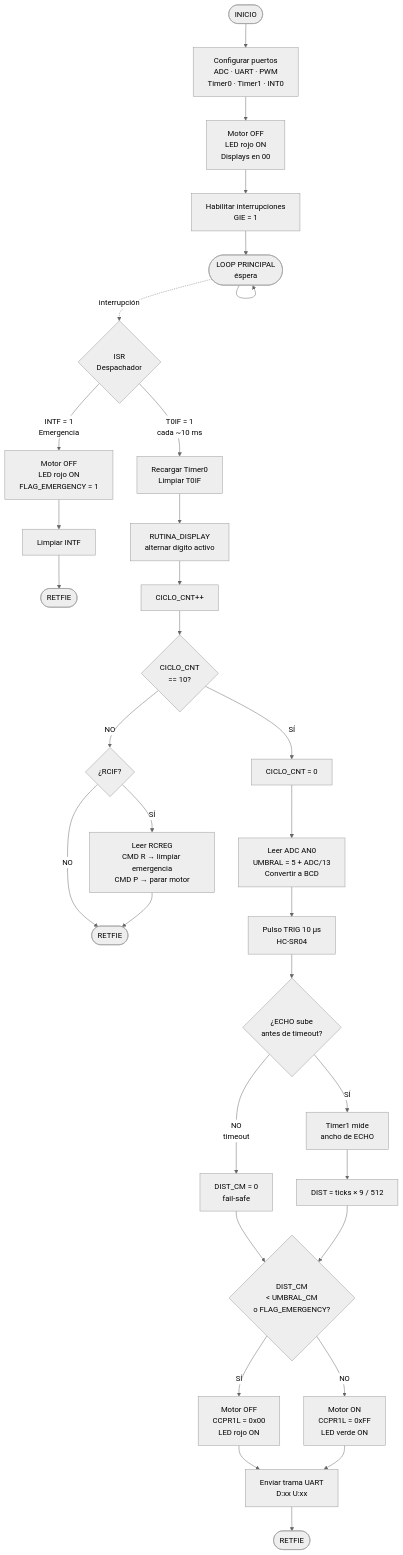
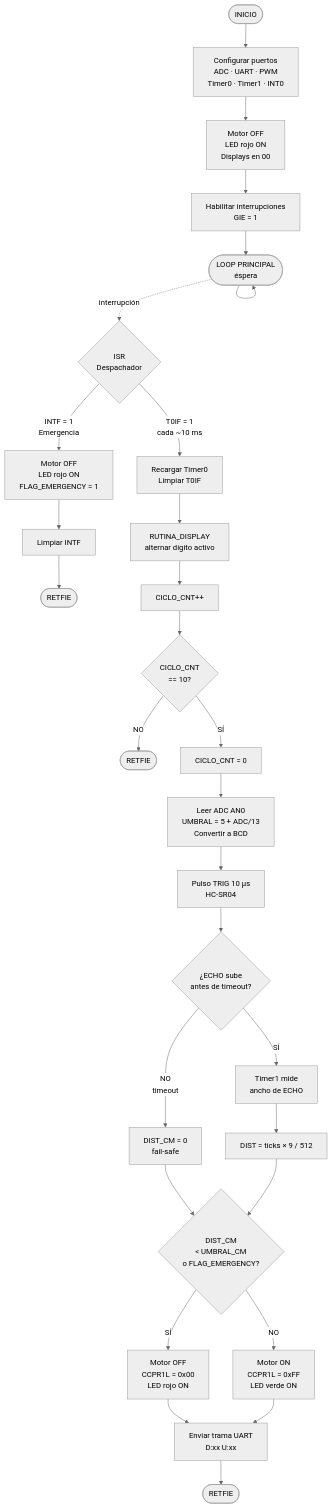
Before and after one commit to DiligentOtter/Trabajo-Pratico-Final-DII: the first of 3 diagrams in README.md, drawn with Mermaid (neutral theme). The commit also changed other lines of this file, not shown here.

First line of the commit message:
Refactor UART protocol and remove commands

````diff
--- a/README.md
+++ b/README.md
@@ -40,40 +40,37 @@
 ```mermaid
 flowchart TD
     INICIO([INICIO]) --> INIT[Configurar puertos\nADC · UART · PWM\nTimer0 · Timer1 · INT0]
     INIT --> SAFE[Motor OFF\nLED rojo ON\nDisplays en 00]
     SAFE --> GIE[Habilitar interrupciones\nGIE = 1]
     GIE --> LOOP([LOOP PRINCIPAL\néspera])
     LOOP --> LOOP
 
     %% ─── ISR ───
     LOOP -.->|interrupción| ISR{ISR\nDespachador}
 
     ISR -->|INTF = 1\nEmergencia| IEMG[Motor OFF\nLED rojo ON\nFLAG_EMERGENCY = 1]
     IEMG --> BCF_INTF[Limpiar INTF]
     BCF_INTF --> RET1([RETFIE])
 
     ISR -->|T0IF = 1\ncada ~10 ms| RELOAD[Recargar Timer0\nLimpiar T0IF]
     RELOAD --> DISP[RUTINA_DISPLAY\nalternar dígito activo]
     DISP --> INC[CICLO_CNT++]
     INC --> CNT{CICLO_CNT\n== 10?}
 
-    CNT -->|NO| RX{¿RCIF?}
-    RX -->|SÍ| UART_RX[Leer RCREG\nCMD R → limpiar emergencia\nCMD P → parar motor]
-    RX -->|NO| RET2([RETFIE])
-    UART_RX --> RET2
+    CNT -->|NO| RET2([RETFIE])
 
     CNT -->|SÍ| RST[CICLO_CNT = 0]
     RST --> ADC[Leer ADC AN0\nUMBRAL = 5 + ADC/13\nConvertir a BCD]
     ADC --> TRIG[Pulso TRIG 10 µs\nHC-SR04]
     TRIG --> ECHO{¿ECHO sube\nantes de timeout?}
     ECHO -->|NO\ntimeout| ZERO[DIST_CM = 0\nfail-safe]
     ECHO -->|SÍ| TMR1[Timer1 mide\nancho de ECHO]
     TMR1 --> CALC[DIST = ticks × 9 / 512]
     ZERO --> CMP
     CALC --> CMP{DIST_CM\n< UMBRAL_CM\no FLAG_EMERGENCY?}
     CMP -->|SÍ| MOFF[Motor OFF\nCCPR1L = 0x00\nLED rojo ON]
     CMP -->|NO| MON[Motor ON\nCCPR1L = 0xFF\nLED verde ON]
     MOFF --> TX[Enviar trama UART\nD:xx U:xx]
     MON --> TX
     TX --> RET3([RETFIE])
 ```
````
